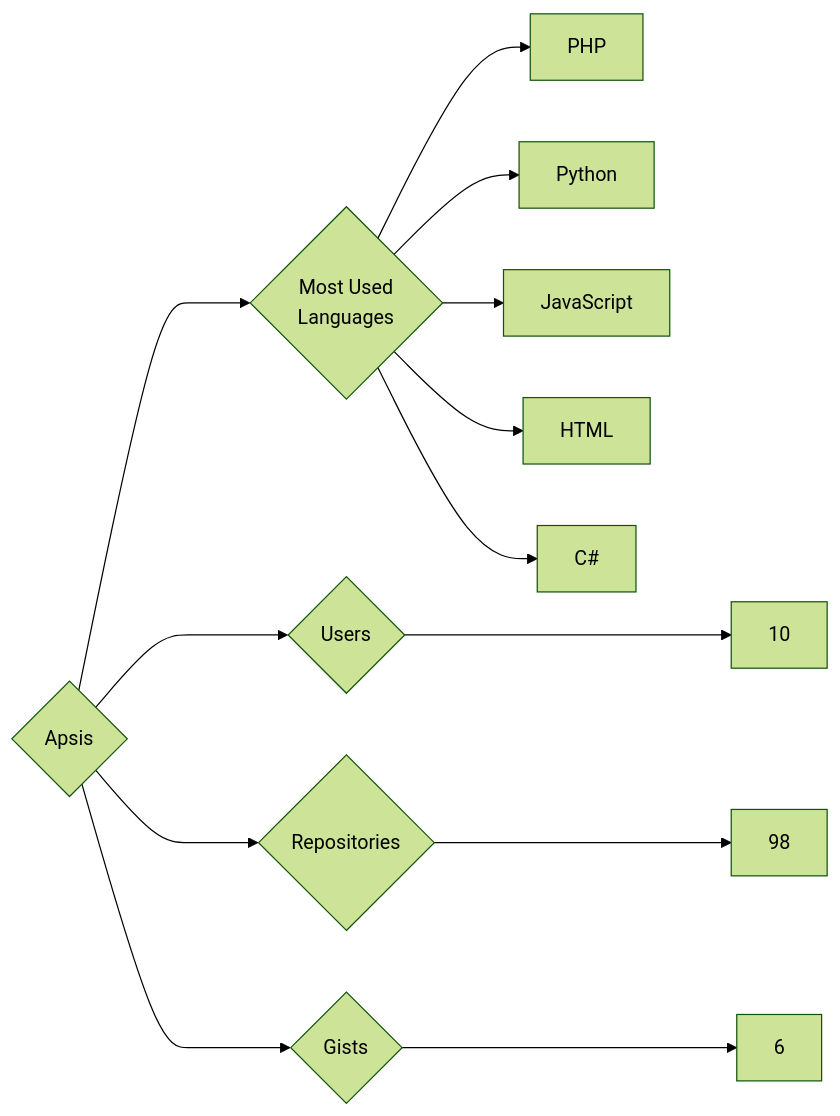
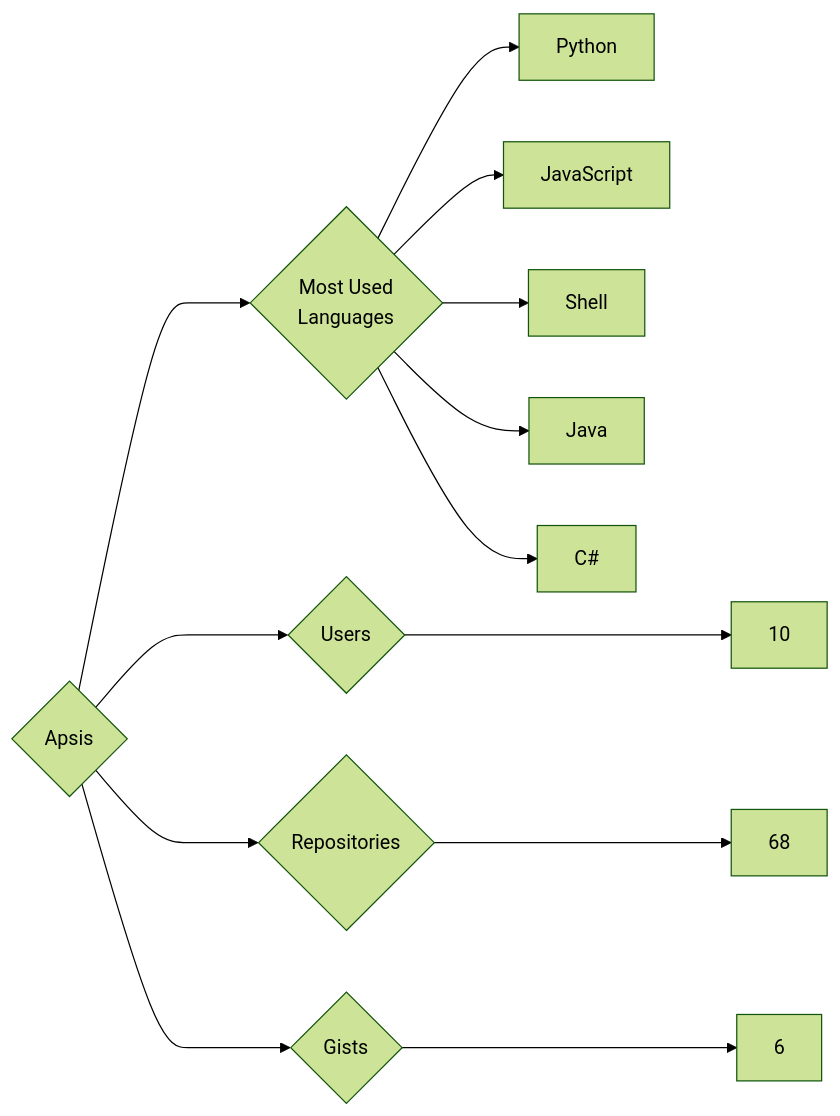
The diagram in targets/Apsis/README.md (trickest/insiders), drawn with Mermaid (forest theme) before and after one commit. The commit also changed 815 other files, not shown here.

````diff
--- a/targets/Apsis/README.md
+++ b/targets/Apsis/README.md
@@ -3,13 +3,13 @@
 ```mermaid
 graph LR
 COMPANY_NAME{Apsis}
 COMPANY_NAME ---> U{Users} ---> UN[10]
-COMPANY_NAME ---> R{Repositories} ---> RN[98]
+COMPANY_NAME ---> R{Repositories} ---> RN[68]
 COMPANY_NAME ---> G{Gists} ---> GN[6]
 COMPANY_NAME ---> ML{Most Used<br>Languages}
-ML --> PHP[PHP]
 ML --> Python[Python]
 ML --> JavaScript[JavaScript]
-ML --> HTML[HTML]
+ML --> Shell[Shell]
+ML --> Java[Java]
 ML --> C#[C#]
 ```
````
